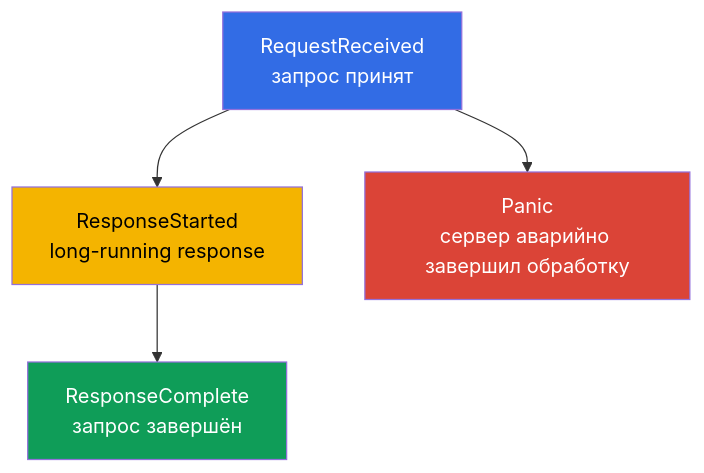
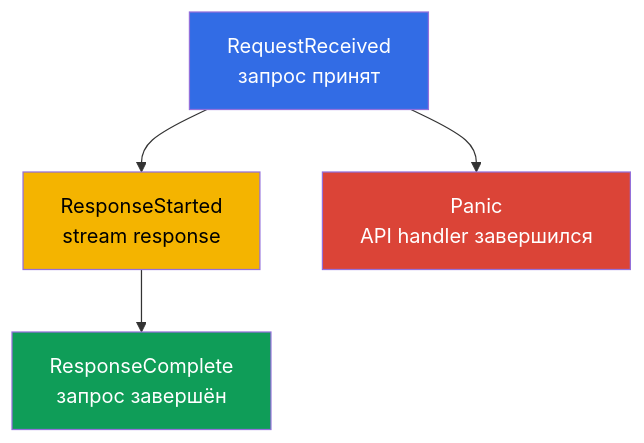
Before and after one commit to ViktorUJ/cks: the second of 4 diagrams in tasks/cks/course/32/ru.md, drawn with Mermaid. The commit also changed other lines of this file and 15 other files, not shown here.

````diff
--- a/tasks/cks/course/32/ru.md
+++ b/tasks/cks/course/32/ru.md
@@ -95,10 +98,10 @@
 ```mermaid
 flowchart TB
-    rr["RequestReceived<br/>запрос принят"] --> rs["ResponseStarted<br/>long-running response"]
+    rr["RequestReceived<br/>запрос принят"] --> rs["ResponseStarted<br/>stream response"]
     rs --> rc["ResponseComplete<br/>запрос завершён"]
-    rr --> panic["Panic<br/>сервер аварийно завершил обработку"]
+    rr --> panic["Panic<br/>API handler завершился"]
     style rr fill:#326ce5,color:#fff
     style rs fill:#f4b400,color:#000
     style rc fill:#0f9d58,color:#fff
     style panic fill:#db4437,color:#fff
 ```
````
